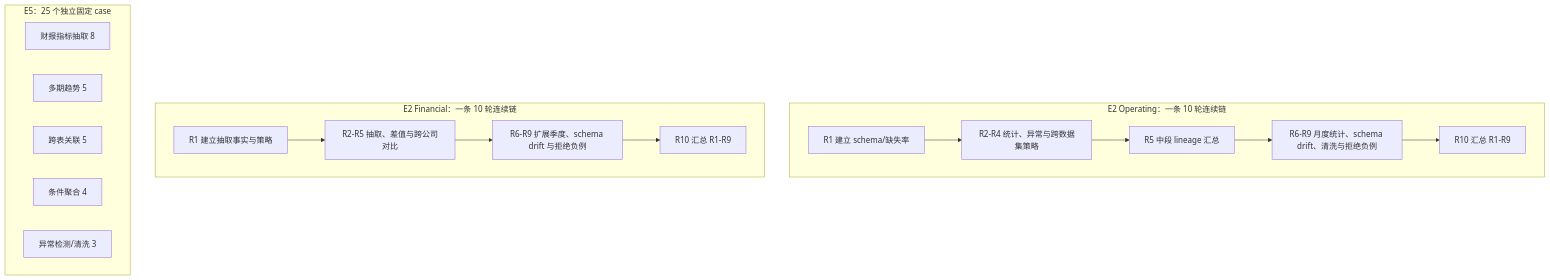
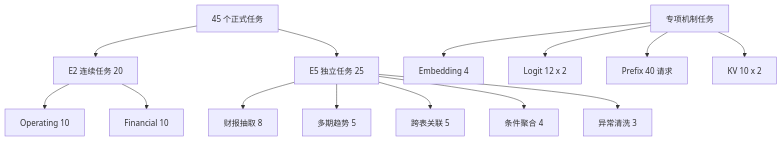
One commit to qcrs/os changed the diagram in docs/implementation/benchmark-task-and-dataset-catalog.md. Above: the diagram before and after it, drawn with Mermaid. The commit also changed other lines of this file and 77 other files, not shown here.

````diff
--- a/docs/implementation/benchmark-task-and-dataset-catalog.md
+++ b/docs/implementation/benchmark-task-and-dataset-catalog.md
@@ -26,23 +23,17 @@
 ```mermaid
 flowchart TB
-    subgraph E2A[E2 Operating：一条 10 轮连续链]
-        O1[R1 建立 schema/缺失率] --> O2[R2-R4 统计、异常与跨数据集策略]
-        O2 --> O3[R5 中段 lineage 汇总]
-        O3 --> O4[R6-R9 月度统计、schema drift、清洗与拒绝负例]
-        O4 --> O5[R10 汇总 R1-R9]
-    end
+    FORMAL[45 个正式任务] --> E2[E2 连续任务 20]
+    FORMAL --> E5[E5 独立任务 25]
+    E2 --> OP[Operating 10]
+    E2 --> FIN[Financial 10]
+    E5 --> FR[财报抽取 8]
+    E5 --> TR[多期趋势 5]
+    E5 --> JOIN[跨表关联 5]
+    E5 --> AGG[条件聚合 4]
+    E5 --> ANO[异常清洗 3]
 
-    subgraph E2B[E2 Financial：一条 10 轮连续链]
-        F1[R1 建立抽取事实与策略] --> F2[R2-R5 抽取、差值与跨公司对比]
-        F2 --> F3[R6-R9 扩展季度、schema drift 与拒绝负例]
-        F3 --> F4[R10 汇总 R1-R9]
-    end
-
-    subgraph E5[E5：25 个独立固定 case]
-        C1[财报指标抽取 8]
-        C2[多期趋势 5]
-        C3[跨表关联 5]
-        C4[条件聚合 4]
-        C5[异常检测/清洗 3]
-    end
+    PROBE[专项机制任务] --> EMB[Embedding 4]
+    PROBE --> LOG[Logit 12 x 2]
+    PROBE --> PRE[Prefix 40 请求]
+    PROBE --> KV[KV 10 x 2]
 ```
````
